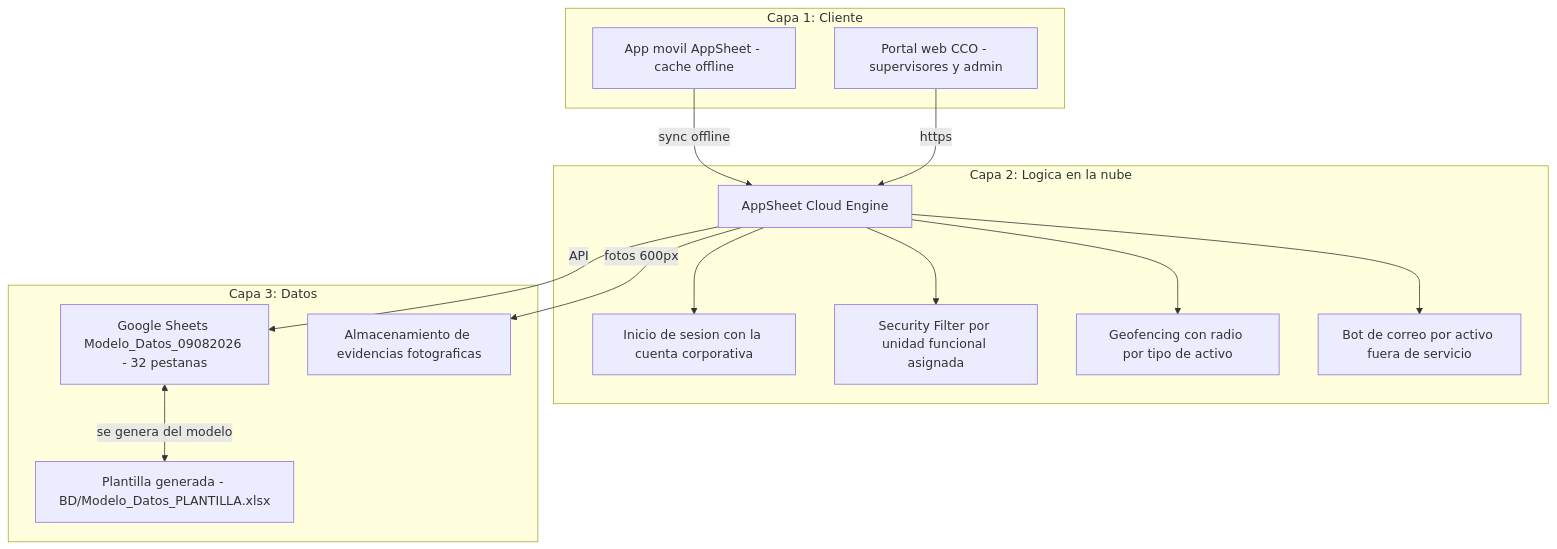
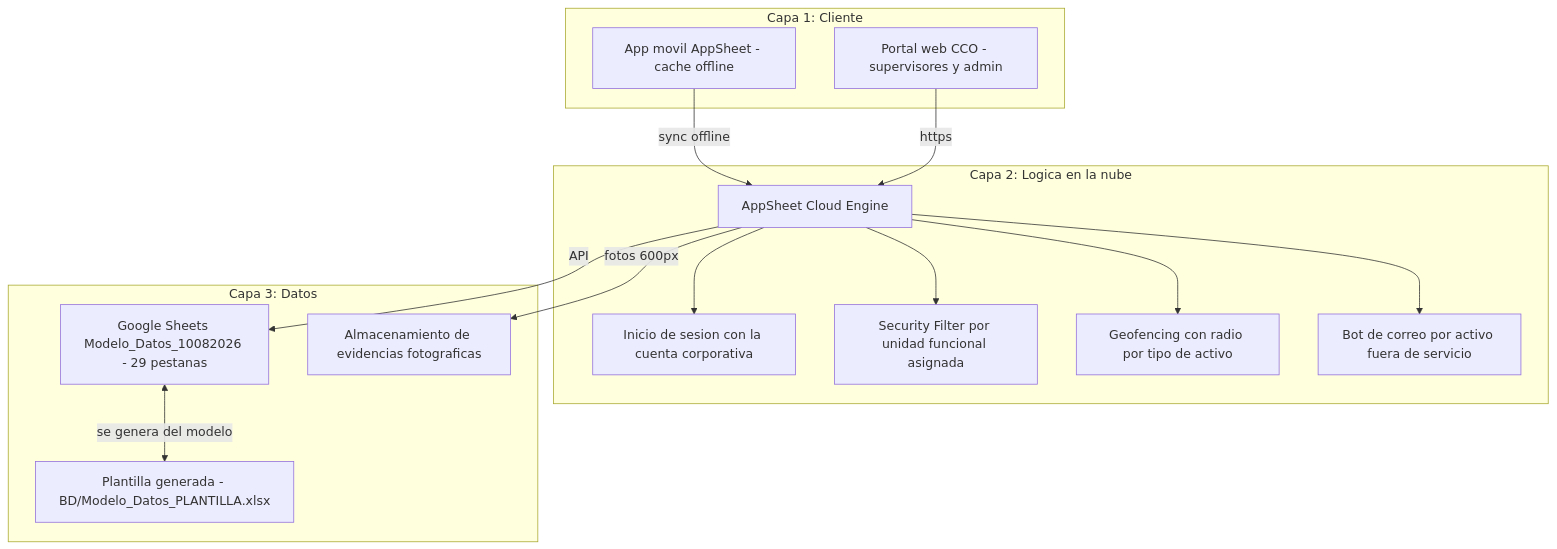
One commit to dieleoz/SGMC changed the first of 2 diagrams in README.md. Above: the diagram before and after it, drawn with Mermaid. The commit also changed other lines of this file and 101 other files, not shown here.

````diff
--- a/README.md
+++ b/README.md
@@ -86,28 +80,28 @@
 ```mermaid
 graph TD
     subgraph C1[Capa 1: Cliente]
         M[App movil AppSheet - cache offline]
         W[Portal web CCO - supervisores y admin]
     end
     subgraph C2[Capa 2: Logica en la nube]
         E[AppSheet Cloud Engine]
         S[Inicio de sesion con la cuenta corporativa]
         F[Security Filter por unidad funcional asignada]
         G[Geofencing con radio por tipo de activo]
         B[Bot de correo por activo fuera de servicio]
     end
     subgraph C3[Capa 3: Datos]
-        GS[Google Sheets Modelo_Datos_09082026 - 32 pestanas]
+        GS[Google Sheets Modelo_Datos_10082026 - 29 pestanas]
         X[Plantilla generada - BD/Modelo_Datos_PLANTILLA.xlsx]
         OD[Almacenamiento de evidencias fotograficas]
     end
     M -->|sync offline| E
     W -->|https| E
     E --> S
     E --> F
     E --> G
     E --> B
     E -->|API| GS
     GS <-->|se genera del modelo| X
     E -->|fotos 600px| OD
 ```
````
